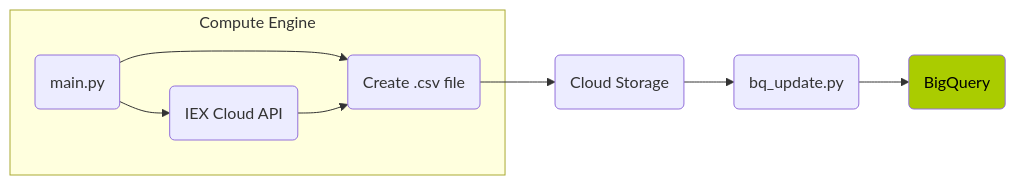
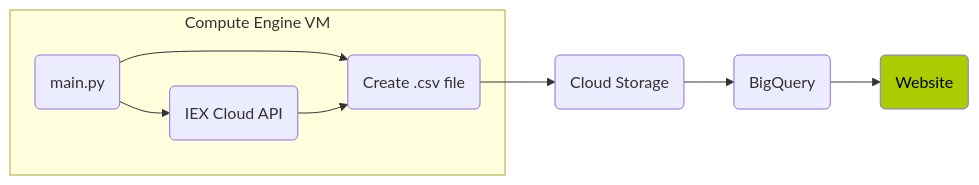
One commit to digitalghost-dev/stock-data-pipeline changed the diagram in README.md. Above: the diagram before and after it, drawn with Mermaid. The commit also changed other lines of this file, not shown here.

````diff
--- a/README.md
+++ b/README.md
@@ -16,11 +22,11 @@
 ```mermaid
 flowchart LR;
-    subgraph Compute Engine;
+    subgraph Compute Engine VM;
     A(main.py)-->B(IEX Cloud API) & C(Create .csv file);
     end;
     B-->C;
     C-->D(Cloud Storage);
-    D-->E(bq_update.py);
-    E-->F(BigQuery);
+    D-->E(BigQuery);
+    E-->F(Website);
     style F fill:#AACC00,color:#000
 ```
````
